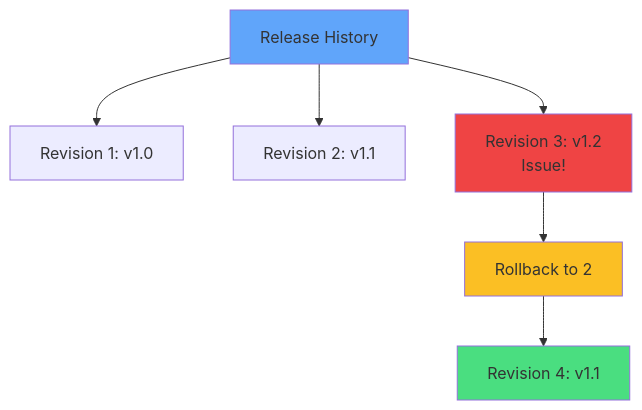
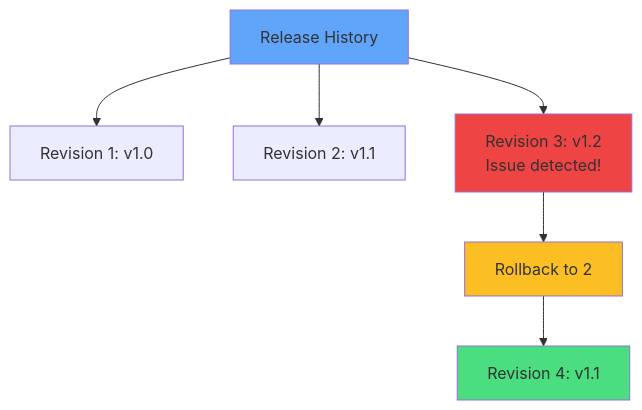
The tenth of 11 diagrams in slides/helm/slides.md (courselabs/kubernetes), drawn with Mermaid before and after one commit. The commit also changed other lines of this file and 5 other files, not shown here.

````diff
--- a/slides/helm/slides.md
+++ b/slides/helm/slides.md
@@ -474,12 +505,12 @@
 ```mermaid
 graph TB
     H[Release History] --> R1[Revision 1: v1.0]
     H --> R2[Revision 2: v1.1]
-    H --> R3[Revision 3: v1.2<br/><carbon-warning/> Issue!]
+    H --> R3[Revision 3: v1.2<br/>Issue detected!]
     R3 --> RB[Rollback to 2]
     RB --> R4[Revision 4: v1.1]
     style H fill:#60a5fa
     style R3 fill:#ef4444
     style RB fill:#fbbf24
     style R4 fill:#4ade80
 ```
````
